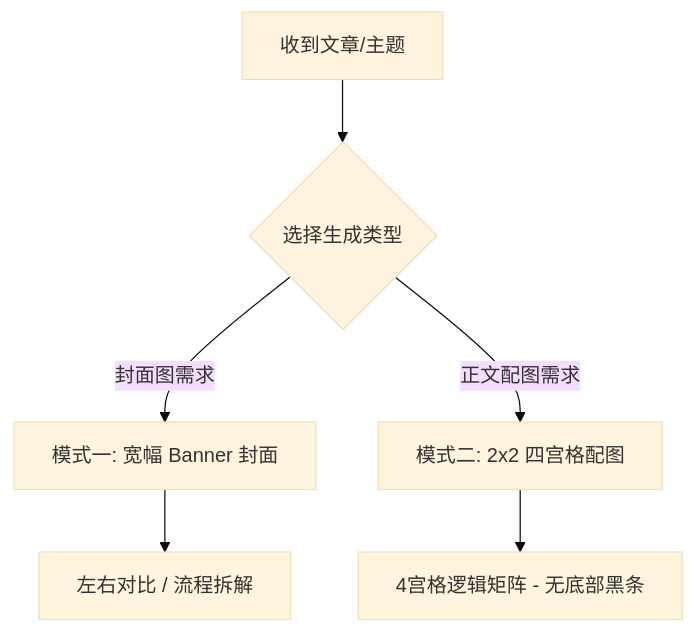
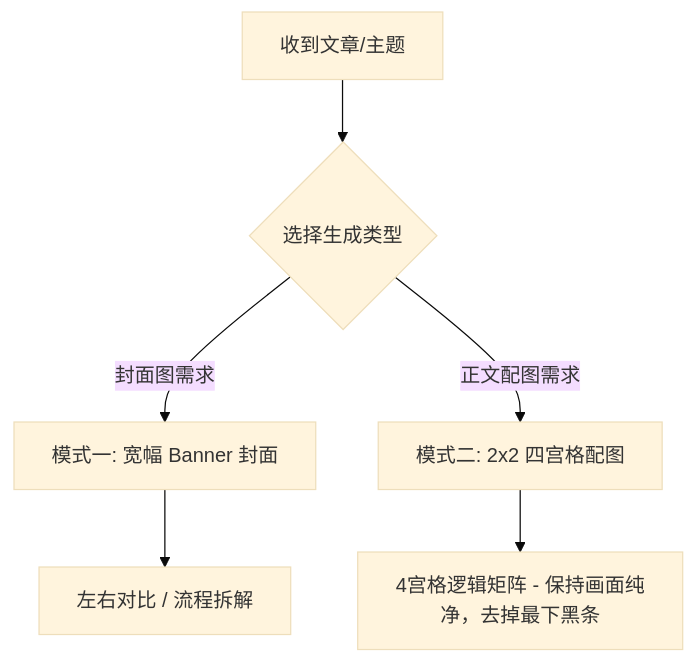
Before and after one commit to isdou/xiaodou-skill: the diagram in SKILL.md, drawn with Mermaid (base theme). The commit also changed other lines of this file and 3 other files, not shown here.

````diff
--- a/SKILL.md
+++ b/SKILL.md
@@ -32,8 +30,8 @@
 ```mermaid
 graph TD
     A[收到文章/主题] --> B{选择生成类型}
     B -->|封面图需求| C[模式一: 宽幅 Banner 封面]
     B -->|正文配图需求| D[模式二: 2x2 四宫格配图]
     C --> C1[左右对比 / 流程拆解]
-    D --> D1[4宫格逻辑矩阵 - 无底部黑条]
+    D --> D1[4宫格逻辑矩阵 - 保持画面纯净，去掉最下黑条]
 ```
````
